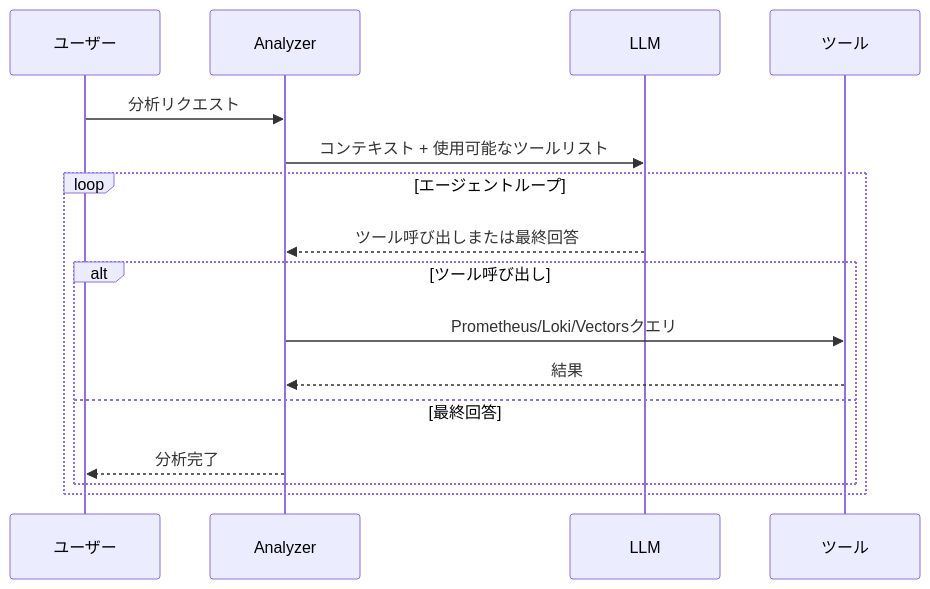
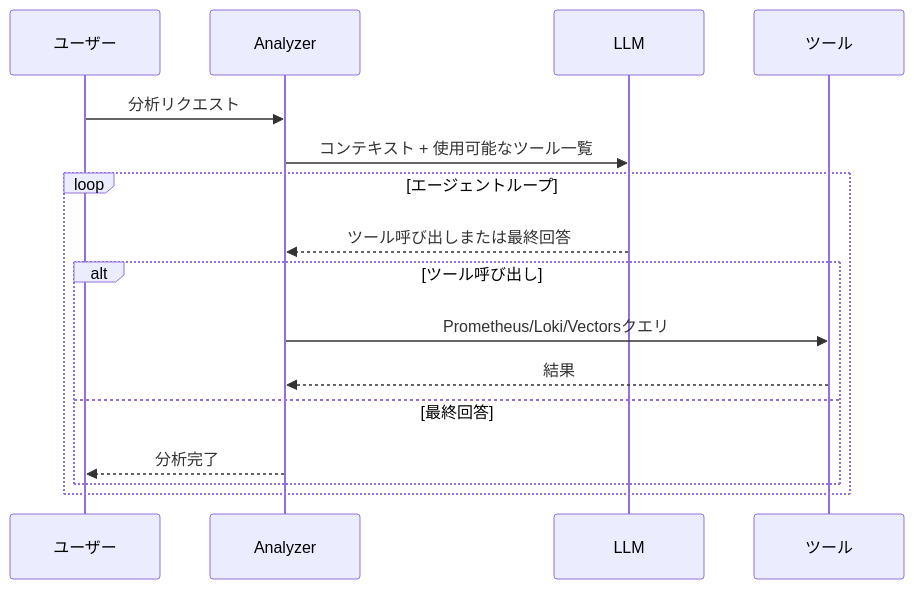
One commit to mandacode-labs/mandacode-devs changed the second of 2 diagrams in src/content/blog/meerkat-deep-dive/ja.md. Above: the diagram before and after it, drawn with Mermaid. The commit also changed other lines of this file and 28 other files, not shown here.

````diff
--- a/src/content/blog/meerkat-deep-dive/ja.md
+++ b/src/content/blog/meerkat-deep-dive/ja.md
@@ -94,21 +92,21 @@
 ```mermaid
 sequenceDiagram
     participant User as ユーザー
     participant Analyzer as Analyzer
     participant LLM as LLM
     participant Tools as ツール
 
     User->>Analyzer: 分析リクエスト
-    Analyzer->>LLM: コンテキスト + 使用可能なツールリスト
+    Analyzer->>LLM: コンテキスト + 使用可能なツール一覧
 
     loop エージェントループ
         LLM-->>Analyzer: ツール呼び出しまたは最終回答
 
         alt ツール呼び出し
             Analyzer->>Tools: Prometheus/Loki/Vectorsクエリ
             Tools-->>Analyzer: 結果
         else 最終回答
             Analyzer-->>User: 分析完了
         end
     end
 ```
````
